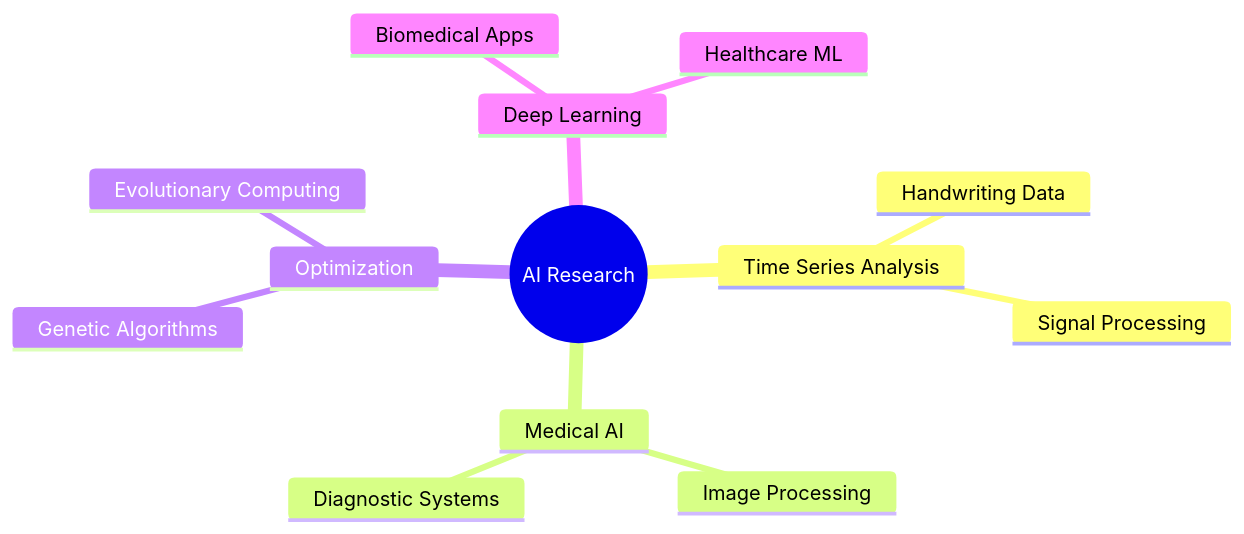
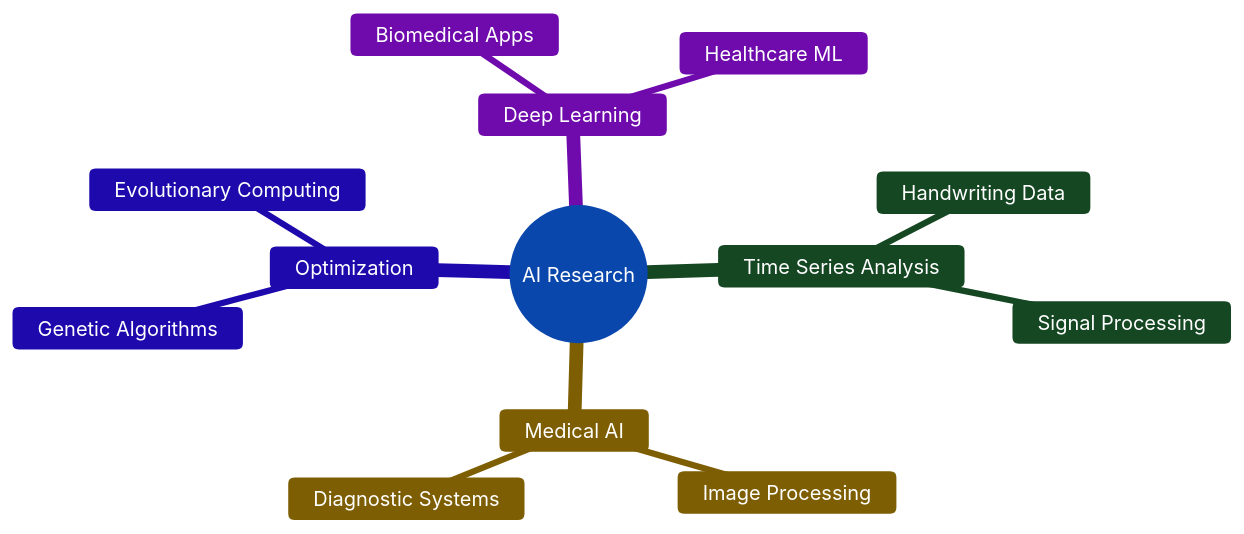
One commit to Narden91/Narden91 changed the diagram in README.md. Above: the diagram before and after it, drawn with Mermaid. The commit also changed other lines of this file, not shown here.

````diff
--- a/README.md
+++ b/README.md
@@ -36,16 +36,17 @@
 ```mermaid
+%%{init: {'theme':'base', 'themeVariables': { 'primaryColor':'#4285F4','primaryTextColor':'#fff','primaryBorderColor':'#7cb3ff','lineColor':'#4285F4','secondaryColor':'#34A853','tertiaryColor':'#FBBC04'}}}%%
 mindmap
   root((AI Research))
     Time Series Analysis
       Handwriting Data
       Signal Processing
     Medical AI
       Image Processing
       Diagnostic Systems
     Optimization
       Genetic Algorithms
       Evolutionary Computing
     Deep Learning
       Biomedical Apps
       Healthcare ML
 ```
````
